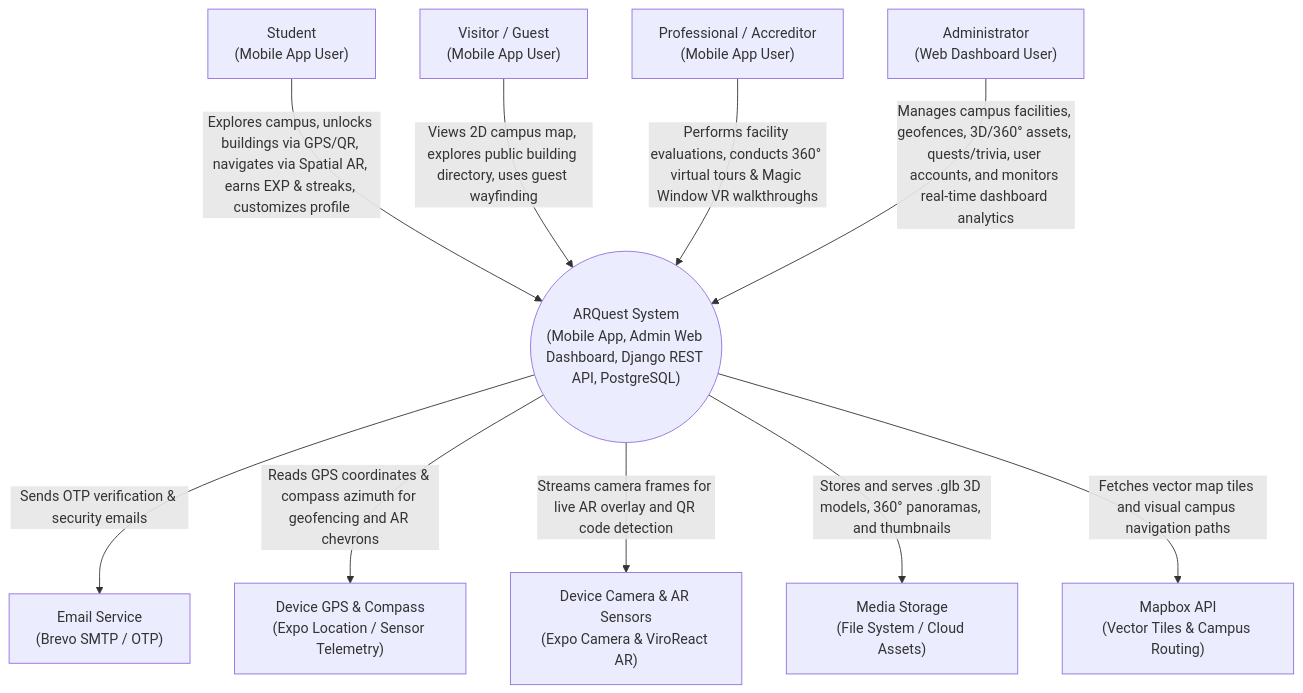
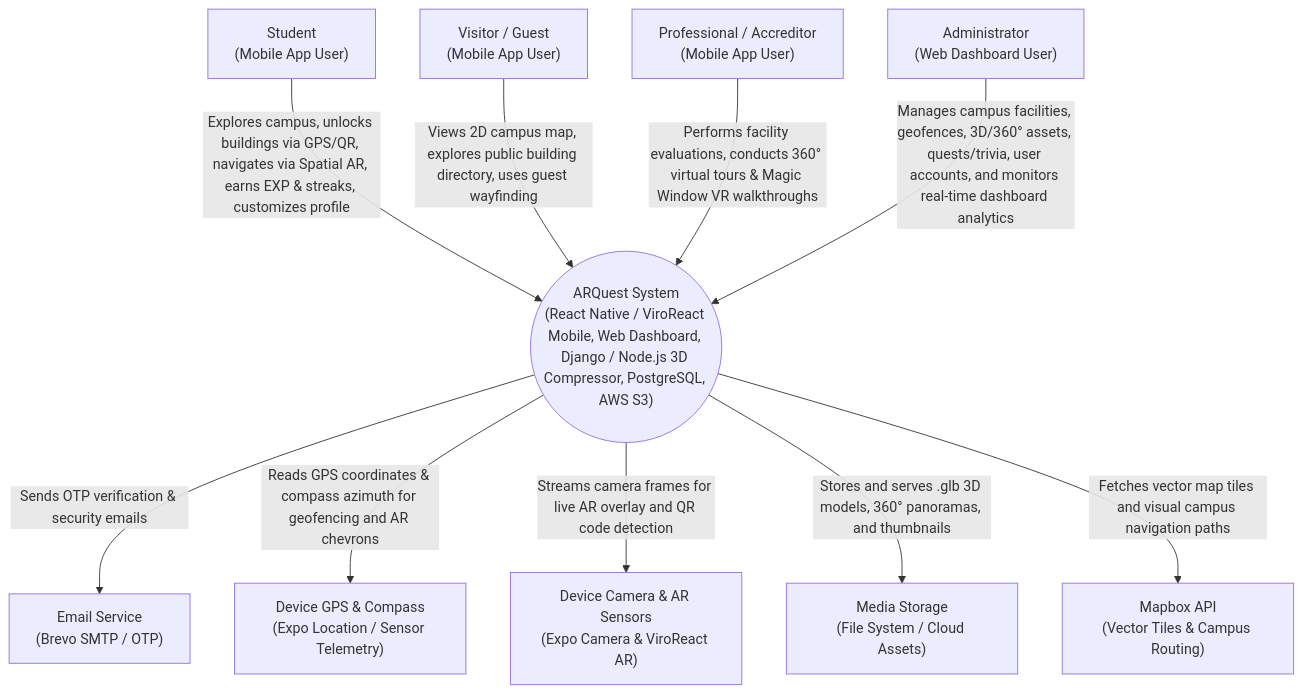
The diagram in context-diagram.md (Cipher-Syntax/ARQuest), drawn with Mermaid before and after one commit. The commit also changed other lines of this file and 8 other files, not shown here.

Commit message:
docs: comprehensive system architecture updates reflecting 3D compressor and AR optimizations

````diff
--- a/context-diagram.md
+++ b/context-diagram.md
@@ -11,37 +11,37 @@
 ```mermaid
 graph TD
     %% Actors
     Student["Student<br/>(Mobile App User)"]
     Visitor["Visitor / Guest<br/>(Mobile App User)"]
     Prof["Professional / Accreditor<br/>(Mobile App User)"]
     Admin["Administrator<br/>(Web Dashboard User)"]
 
     %% Core System
-    ARQuest(("ARQuest System<br/>(Mobile App, Admin Web Dashboard, Django REST API, PostgreSQL)"))
+    ARQuest(("ARQuest System<br/>(React Native / ViroReact Mobile, Web Dashboard, Django / Node.js 3D Compressor, PostgreSQL, AWS S3)"))
 
     %% External Systems & Device Services
     EmailSvc["Email Service<br/>(Brevo SMTP / OTP)"]
     GPSSvc["Device GPS & Compass<br/>(Expo Location / Sensor Telemetry)"]
     CamSvc["Device Camera & AR Sensors<br/>(Expo Camera & ViroReact AR)"]
     MediaSvc["Media Storage<br/>(File System / Cloud Assets)"]
     MapsSvc["Mapbox API<br/>(Vector Tiles & Campus Routing)"]
 
     %% Student Interactions
     Student -- "Explores campus, unlocks buildings via GPS/QR, navigates via Spatial AR, earns EXP & streaks, customizes profile" --> ARQuest
     
     %% Visitor Interactions
     Visitor -- "Views 2D campus map, explores public building directory, uses guest wayfinding" --> ARQuest
     
     %% Professional Interactions
     Prof -- "Performs facility evaluations, conducts 360° virtual tours & Magic Window VR walkthroughs" --> ARQuest
     
     %% Admin Interactions
     Admin -- "Manages campus facilities, geofences, 3D/360° assets, quests/trivia, user accounts, and monitors real-time dashboard analytics" --> ARQuest
 
     %% System to External Interactions
     ARQuest -- "Sends OTP verification & security emails" --> EmailSvc
     ARQuest -- "Reads GPS coordinates & compass azimuth for geofencing and AR chevrons" --> GPSSvc
     ARQuest -- "Streams camera frames for live AR overlay and QR code detection" --> CamSvc
     ARQuest -- "Stores and serves .glb 3D models, 360° panoramas, and thumbnails" --> MediaSvc
     ARQuest -- "Fetches vector map tiles and visual campus navigation paths" --> MapsSvc
 ```
````
